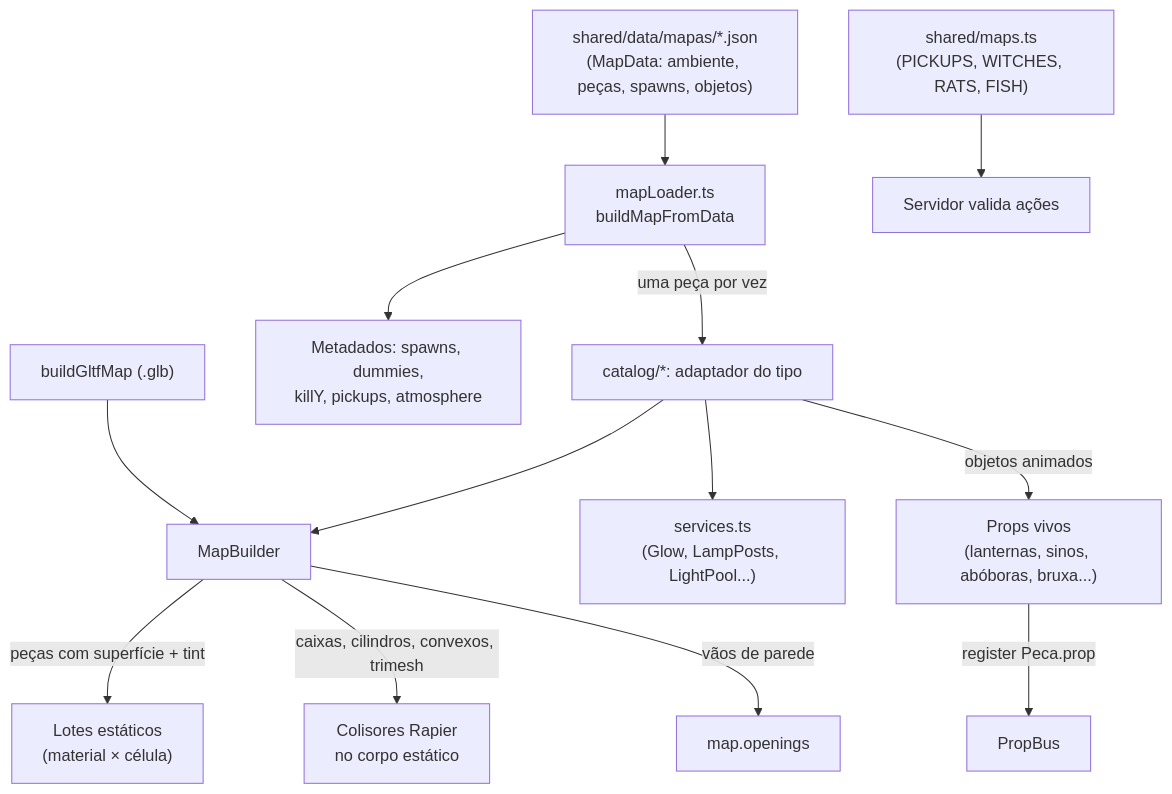
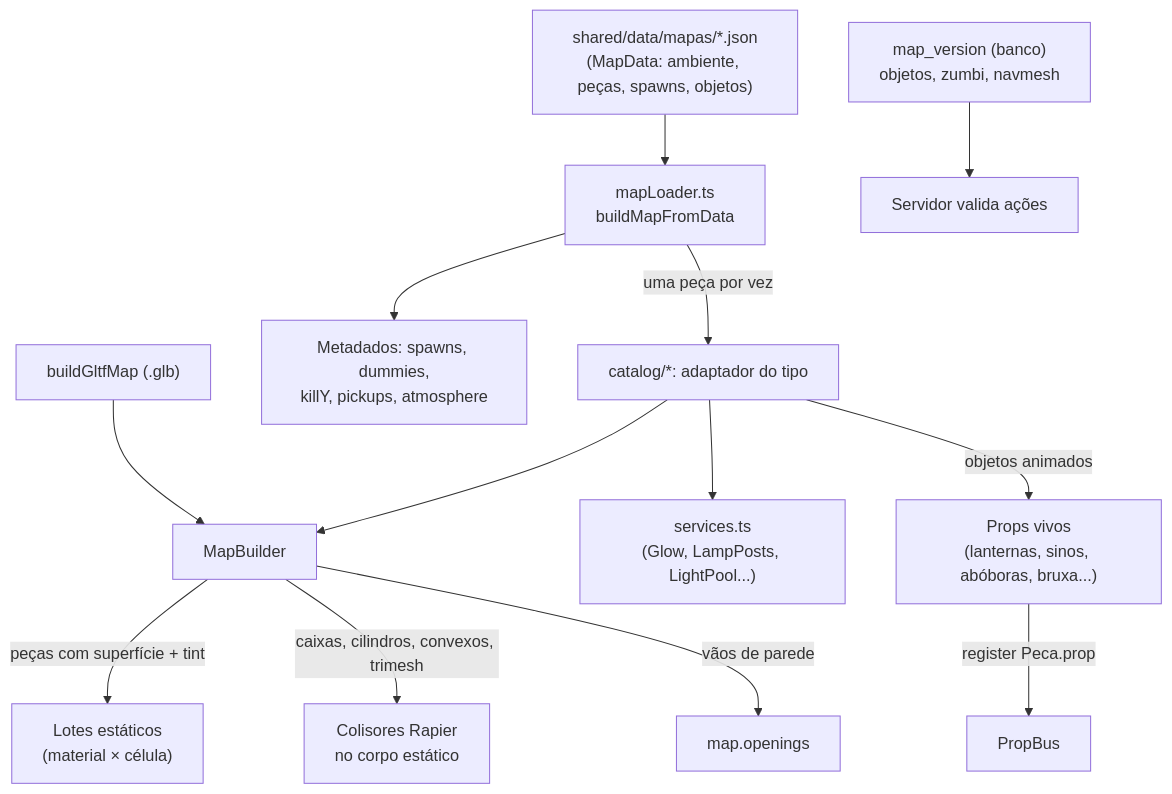
The diagram in Game-Vault/04 - World & Maps/World Structure.md (JPLabussiereF/offensive-combat-reload), drawn with Mermaid before and after one commit. The commit also changed other lines of this file and 69 other files, not shown here.

````diff
--- a/Game-Vault/04 - World & Maps/World Structure.md
+++ b/Game-Vault/04 - World & Maps/World Structure.md
@@ -119,15 +122,15 @@
 ```mermaid
 flowchart TB
     Dados["shared/data/mapas/*.json<br/>(MapData: ambiente, peças, spawns, objetos)"] --> Loader["mapLoader.ts<br/>buildMapFromData"]
     Loader -->|"uma peça por vez"| Cat["catalog/*: adaptador do tipo"]
     Cat --> MB[MapBuilder]
     Cat --> Serv["services.ts<br/>(Glow, LampPosts, LightPool...)"]
     MB -->|"peças com superfície + tint"| Lotes["Lotes estáticos<br/>(material × célula)"]
     MB -->|"caixas, cilindros, convexos, trimesh"| Fisica["Colisores Rapier<br/>no corpo estático"]
     MB -->|"vãos de parede"| Openings[map.openings]
     Cat -->|"objetos animados"| Vivos["Props vivos<br/>(lanternas, sinos, abóboras, bruxa...)"]
     Vivos -->|"register Peca.prop"| Bus[PropBus]
     Loader --> Meta["Metadados: spawns, dummies,<br/>killY, pickups, atmosphere"]
     Glb["buildGltfMap (.glb)"] --> MB
-    Shared["shared/maps.ts<br/>(PICKUPS, WITCHES, RATS, FISH)"] --> Servidor["Servidor valida ações"]
+    Versao["map_version (banco)<br/>objetos, zumbi, navmesh"] --> Servidor["Servidor valida ações"]
 ```
````
